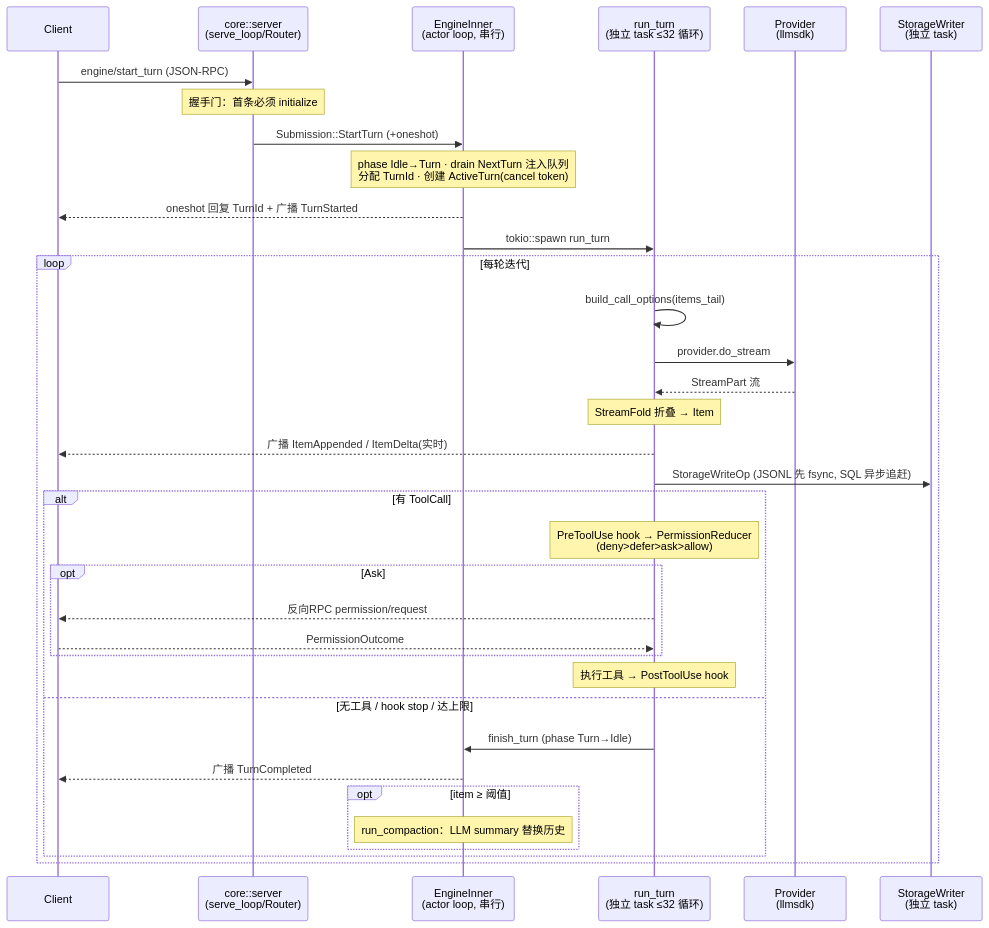
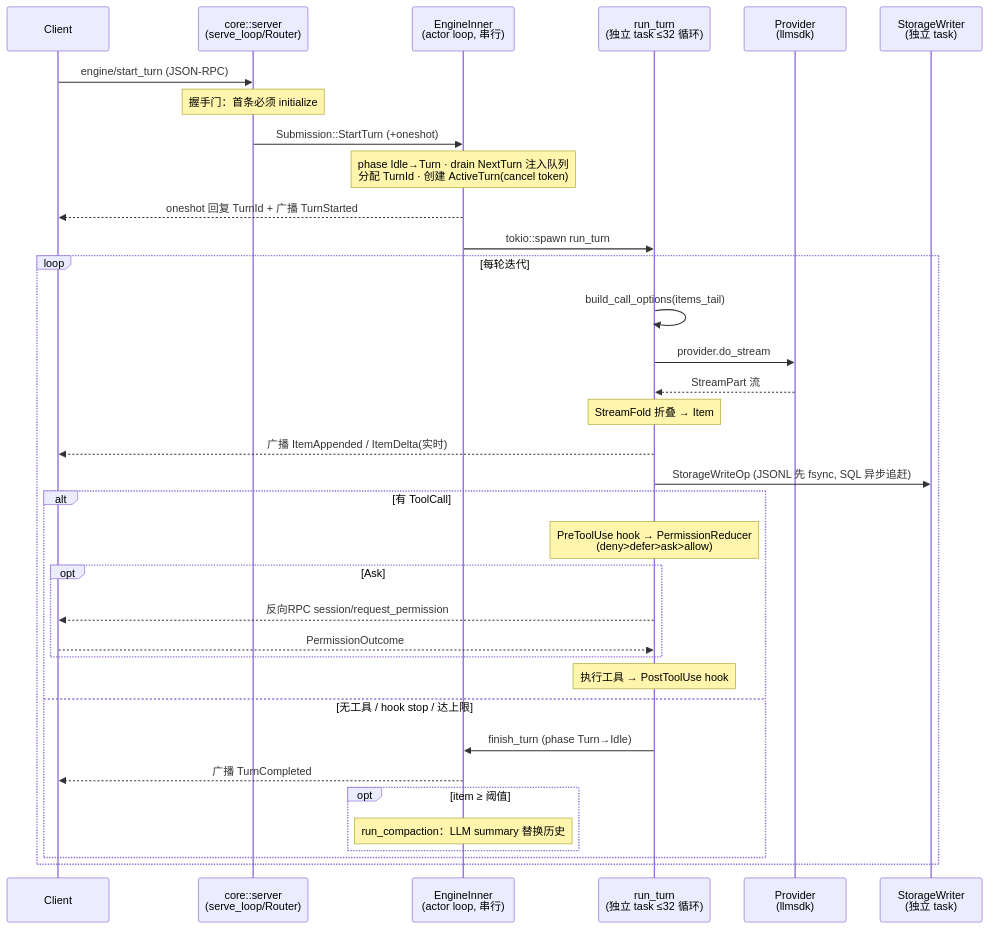
Before and after one commit to zerx-lab/zhive: the fourth of 4 diagrams in ARCHITECTURE.md, drawn with Mermaid. The commit also changed other lines of this file and 4 other files, not shown here.

````diff
--- a/ARCHITECTURE.md
+++ b/ARCHITECTURE.md
@@ -167,39 +167,39 @@
 ```mermaid
 sequenceDiagram
     participant C as Client
     participant S as core::server<br/>(serve_loop/Router)
     participant E as EngineInner<br/>(actor loop, 串行)
     participant T as run_turn<br/>(独立 task ≤32 循环)
     participant P as Provider<br/>(llmsdk)
     participant W as StorageWriter<br/>(独立 task)
 
     C->>S: engine/start_turn (JSON-RPC)
     Note over S: 握手门：首条必须 initialize
     S->>E: Submission::StartTurn (+oneshot)
     Note over E: phase Idle→Turn · drain NextTurn 注入队列<br/>分配 TurnId · 创建 ActiveTurn(cancel token)
     E-->>C: oneshot 回复 TurnId + 广播 TurnStarted
     E->>T: tokio::spawn run_turn
 
     loop 每轮迭代
         T->>T: build_call_options(items_tail)
         T->>P: provider.do_stream
         P-->>T: StreamPart 流
         Note over T: StreamFold 折叠 → Item
         T-->>C: 广播 ItemAppended / ItemDelta(实时)
         T->>W: StorageWriteOp (JSONL 先 fsync, SQL 异步追赶)
         alt 有 ToolCall
             Note over T: PreToolUse hook → PermissionReducer<br/>(deny>defer>ask>allow)
             opt Ask
-                T-->>C: 反向RPC permission/request
+                T-->>C: 反向RPC session/request_permission
                 C-->>T: PermissionOutcome
             end
             Note over T: 执行工具 → PostToolUse hook
         else 无工具 / hook stop / 达上限
             T->>E: finish_turn (phase Turn→Idle)
             E-->>C: 广播 TurnCompleted
             opt item ≥ 阈值
                 Note over E: run_compaction：LLM summary 替换历史
             end
         end
     end
 ```
````
